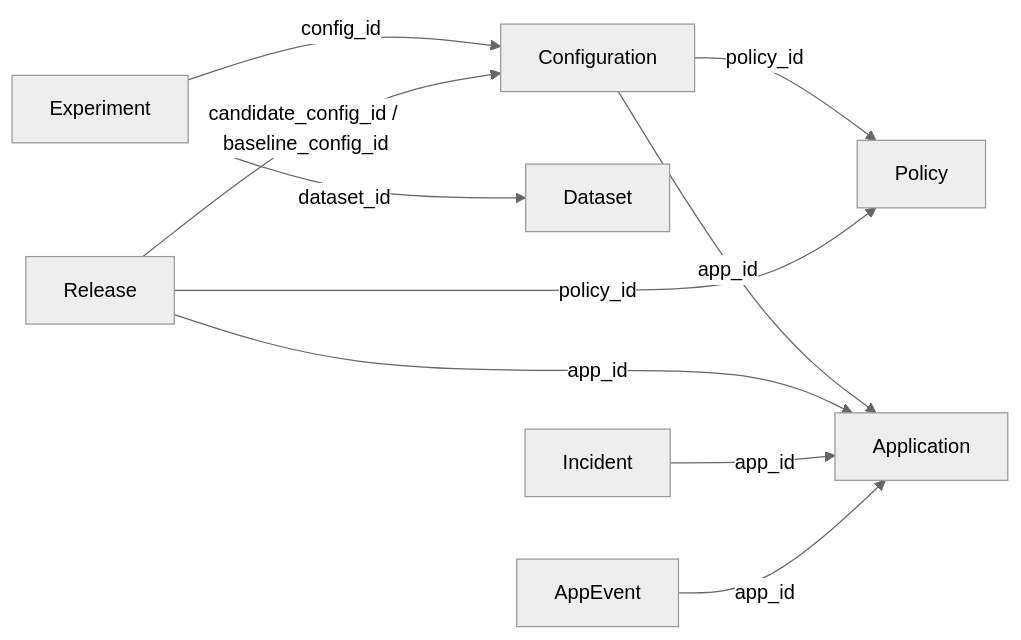
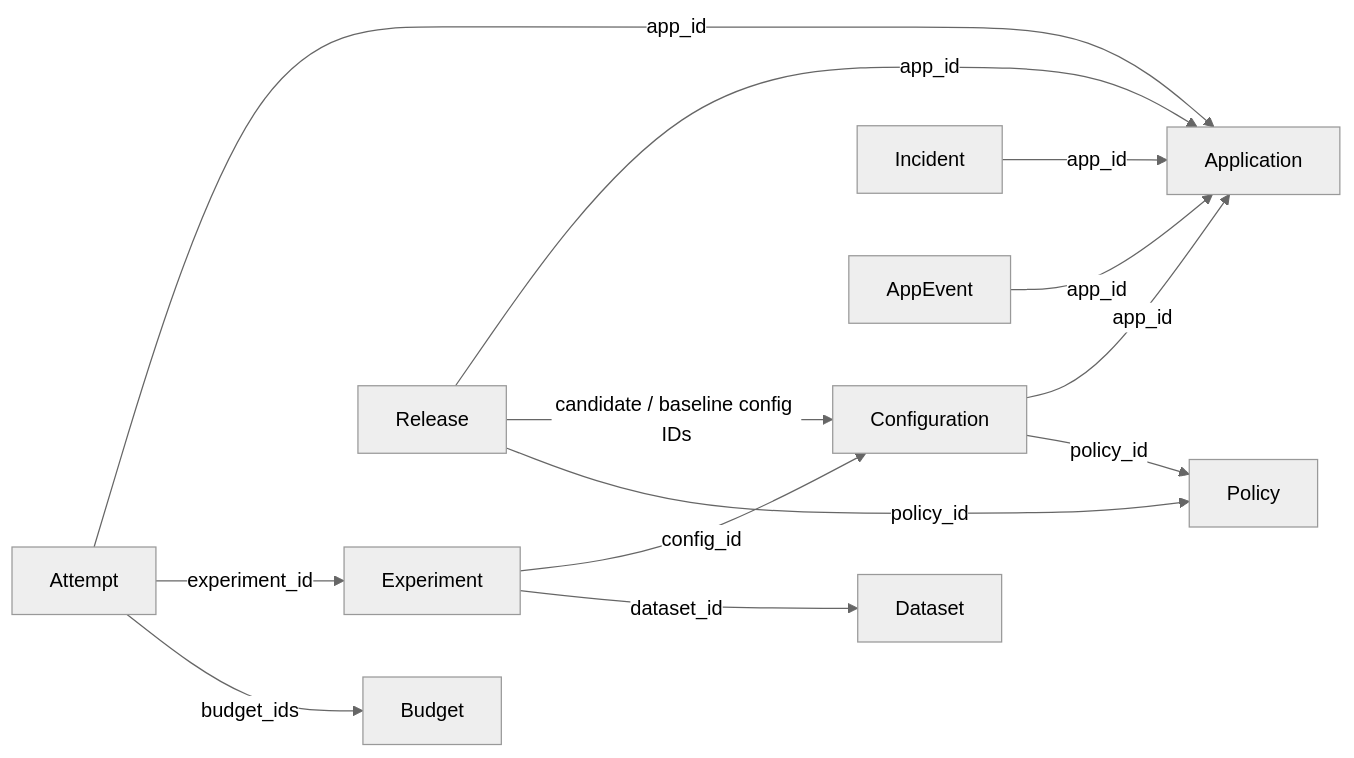
Before and after one commit to abh2050/enterprise-ai-control-plane: the diagram in README.md, drawn with Mermaid (neutral theme). The commit also changed other lines of this file and 1 other file, not shown here.

````diff
--- a/README.md
+++ b/README.md
@@ -49,21 +181,15 @@
 ```mermaid
 flowchart LR
-    App[Application]
-    Config[Configuration]
-    Policy[Policy]
-    Dataset[Dataset]
-    Experiment[Experiment]
-    Release[Release]
-    Incident[Incident]
-    Event[AppEvent]
-
-    Config -->|app_id| App
-    Config -->|policy_id| Policy
-    Experiment -->|config_id| Config
-    Experiment -->|dataset_id| Dataset
-    Release -->|app_id| App
-    Release -->|candidate_config_id / baseline_config_id| Config
+    Config[Configuration] -->|app_id| App[Application]
+    Config -->|policy_id| Policy[Policy]
+    Experiment[Experiment] -->|config_id| Config
+    Experiment -->|dataset_id| Dataset[Dataset]
+    Release[Release] -->|app_id| App
+    Release -->|candidate / baseline config IDs| Config
     Release -->|policy_id| Policy
-    Incident -->|app_id| App
-    Event -->|app_id| App
+    Incident[Incident] -->|app_id| App
+    AppEvent[AppEvent] -->|app_id| App
+    Attempt[Attempt] -->|app_id| App
+    Attempt -->|experiment_id| Experiment
+    Attempt -->|budget_ids| Budget[Budget]
 ```
````
